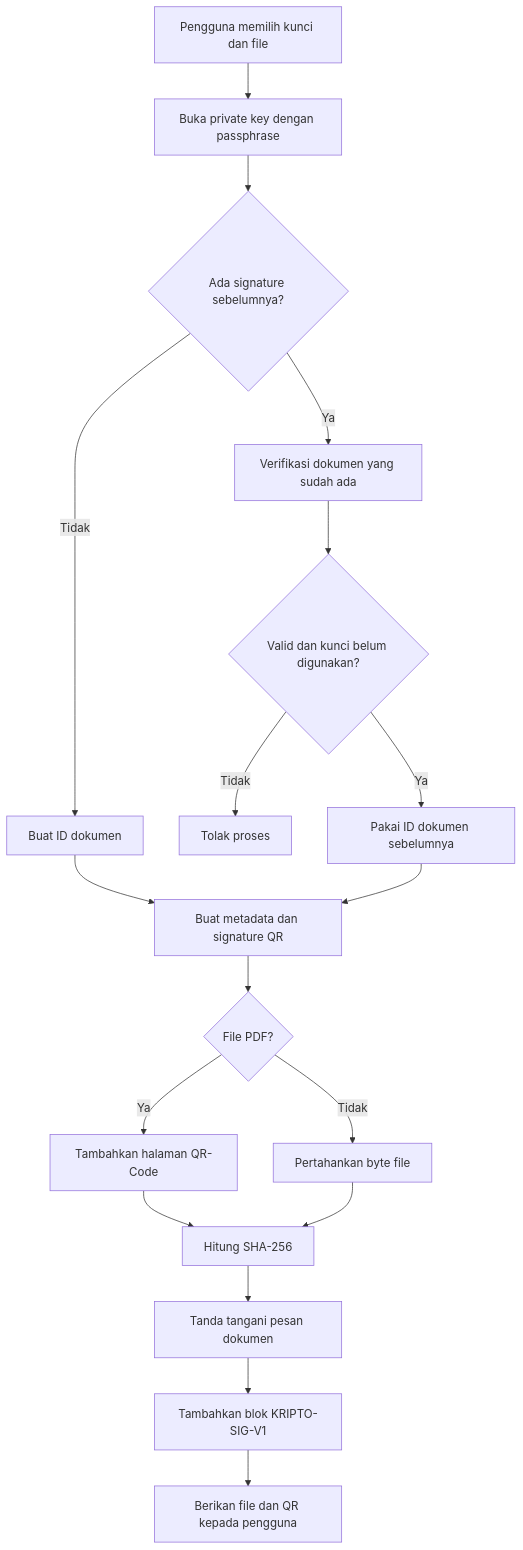
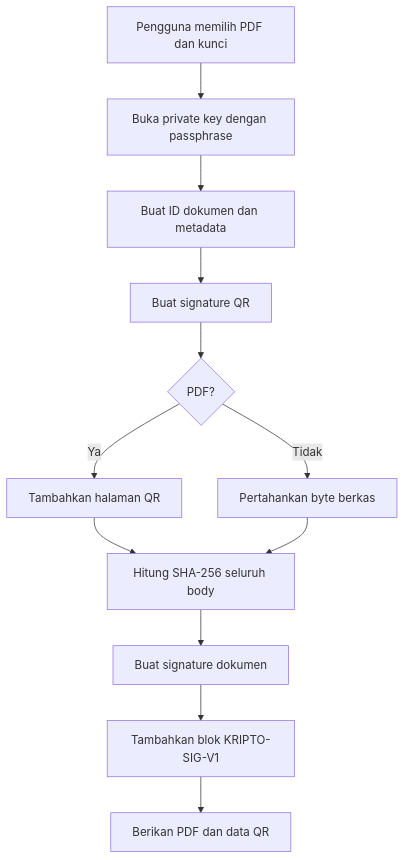
The first of 3 diagrams in laporan/laporan-lengkap.md (RistinAndini78/signify-project), drawn with Mermaid before and after one commit. The commit also changed other lines of this file and 5 other files, not shown here.

````diff
--- a/laporan/laporan-lengkap.md
+++ b/laporan/laporan-lengkap.md
@@ -169,20 +168,14 @@
 ```mermaid
 flowchart TD
-    A[Pengguna memilih kunci dan file] --> B[Buka private key dengan passphrase]
-    B --> C{Ada signature sebelumnya?}
-    C -- Tidak --> D[Buat ID dokumen]
-    C -- Ya --> E[Verifikasi dokumen yang sudah ada]
-    E --> F{Valid dan kunci belum digunakan?}
-    F -- Tidak --> X[Tolak proses]
-    F -- Ya --> G[Pakai ID dokumen sebelumnya]
-    D --> H[Buat metadata dan signature QR]
+    A[Pengguna memilih PDF dan kunci] --> B[Buka private key dengan passphrase]
+    B --> C[Buat ID dokumen dan metadata]
+    C --> D[Buat signature QR]
+    D --> E{PDF?}
+    E -- Ya --> F[Tambahkan halaman QR]
+    E -- Tidak --> G[Pertahankan byte berkas]
+    F --> H[Hitung SHA-256 seluruh body]
     G --> H
-    H --> I{File PDF?}
-    I -- Ya --> J[Tambahkan halaman QR-Code]
-    I -- Tidak --> K[Pertahankan byte file]
-    J --> L[Hitung SHA-256]
-    K --> L
-    L --> M[Tanda tangani pesan dokumen]
-    M --> N[Tambahkan blok KRIPTO-SIG-V1]
-    N --> O[Berikan file dan QR kepada pengguna]
+    H --> I[Buat signature dokumen]
+    I --> J[Tambahkan blok KRIPTO-SIG-V1]
+    J --> K[Berikan PDF dan data QR]
 ```
````
